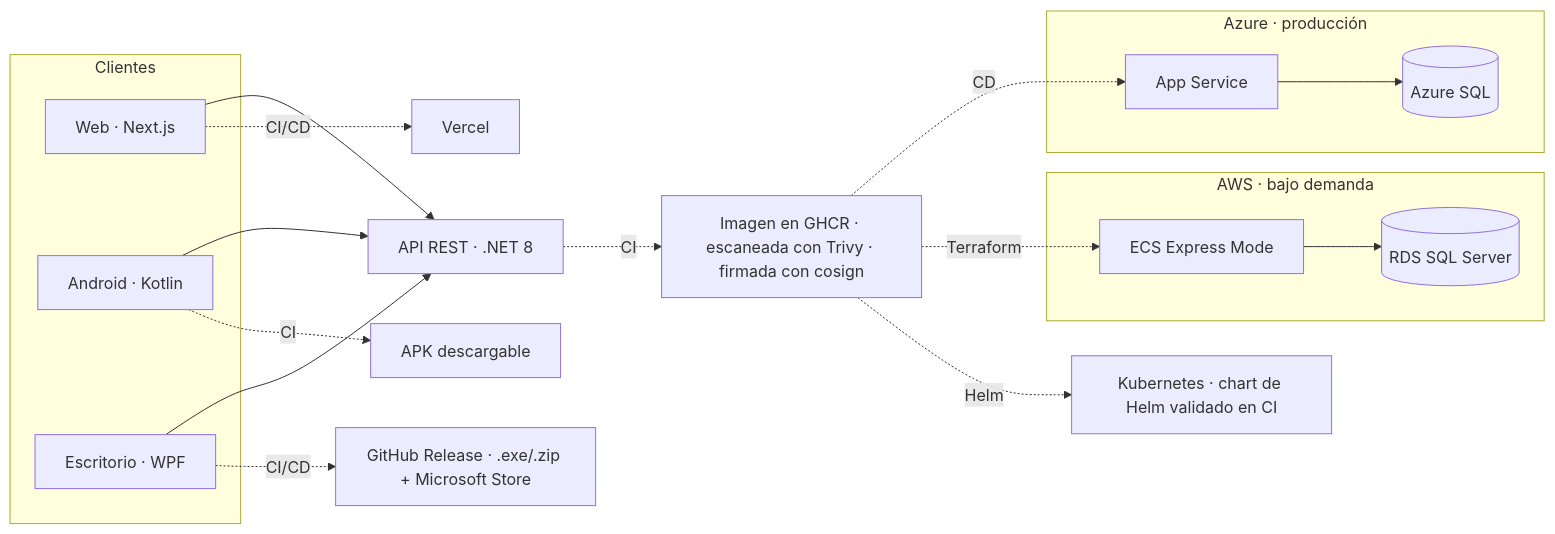
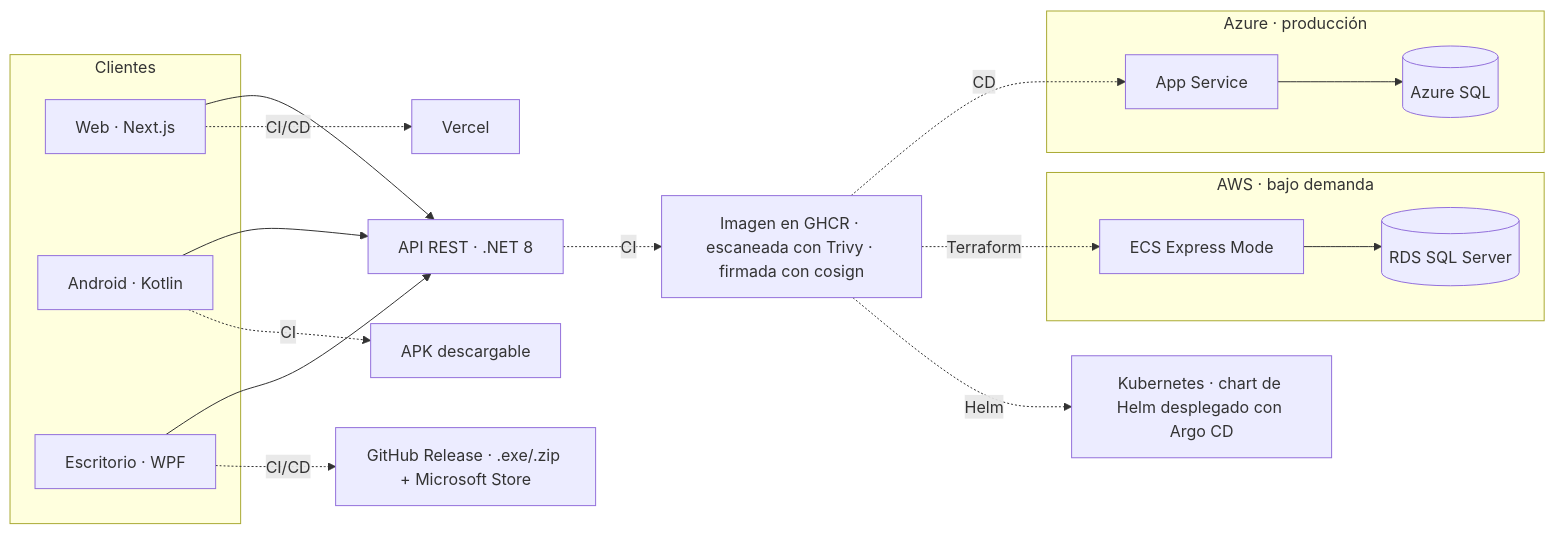
The second of 2 diagrams in README.md (antonicr1986/antonicr1986), drawn with Mermaid before and after one commit. The commit also changed other lines of this file, not shown here.

Commit message:
docs: add GitOps with Argo CD to Kubernetes experience

````diff
--- a/README.md
+++ b/README.md
@@ -280,34 +280,34 @@
 ```mermaid
 flowchart LR
     subgraph Clientes
         WEB[Web · Next.js]
         AND[Android · Kotlin]
         DESK[Escritorio · WPF]
     end
 
     API[API REST · .NET 8]
 
     subgraph AZURE[Azure · producción]
         AZ[App Service]
         DB[(Azure SQL)]
     end
 
     subgraph AWSC[AWS · bajo demanda]
         ECS[ECS Express Mode]
         RDS[(RDS SQL Server)]
     end
 
     WEB --> API
     AND --> API
     DESK --> API
     AZ --> DB
     ECS --> RDS
 
     API -. CI .-> GHCR[Imagen en GHCR · escaneada con Trivy · firmada con cosign]
     GHCR -. CD .-> AZ
     GHCR -. Terraform .-> ECS
     WEB -. CI/CD .-> VER[Vercel]
     AND -. CI .-> APK[APK descargable]
     DESK -. CI/CD .-> REL[GitHub Release · .exe/.zip + Microsoft Store]
-    GHCR -. Helm .-> K8S[Kubernetes · chart de Helm validado en CI]
+    GHCR -. Helm .-> K8S[Kubernetes · chart de Helm desplegado con Argo CD]
 ```
````
